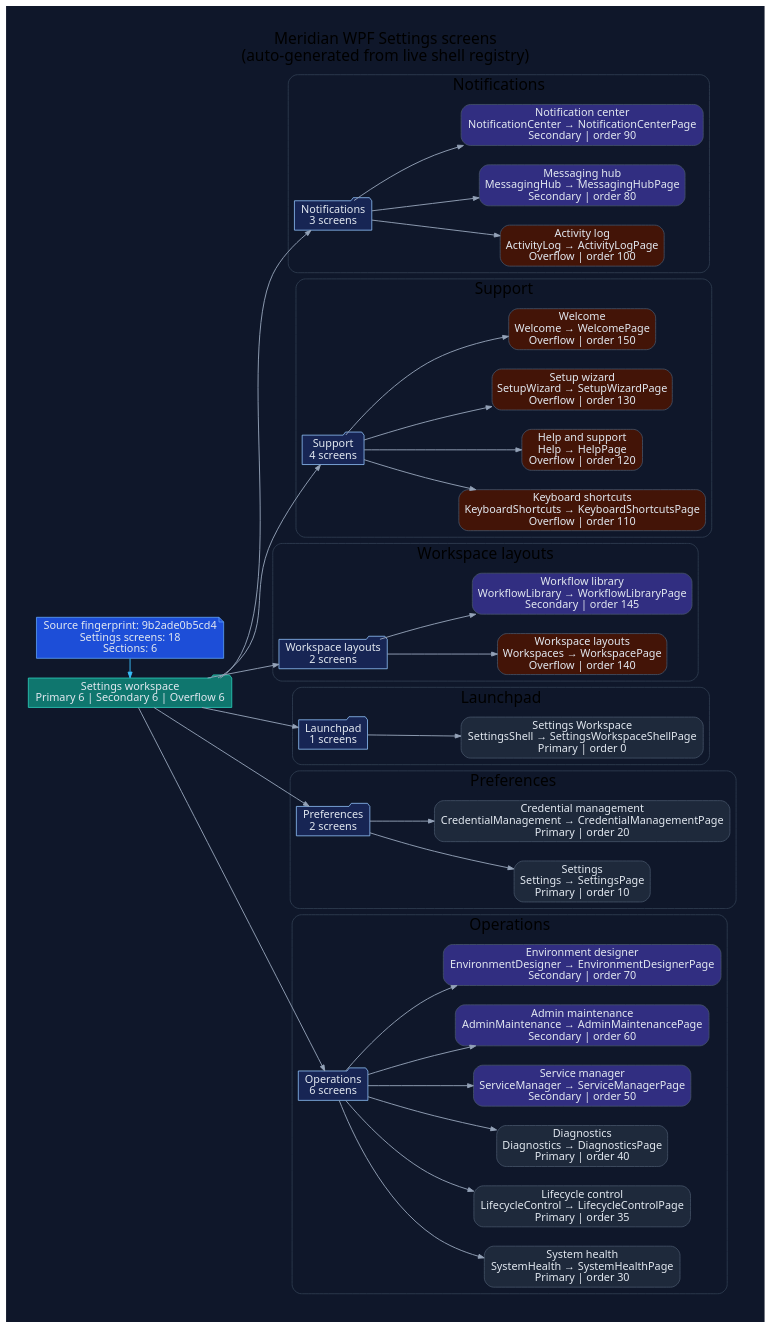
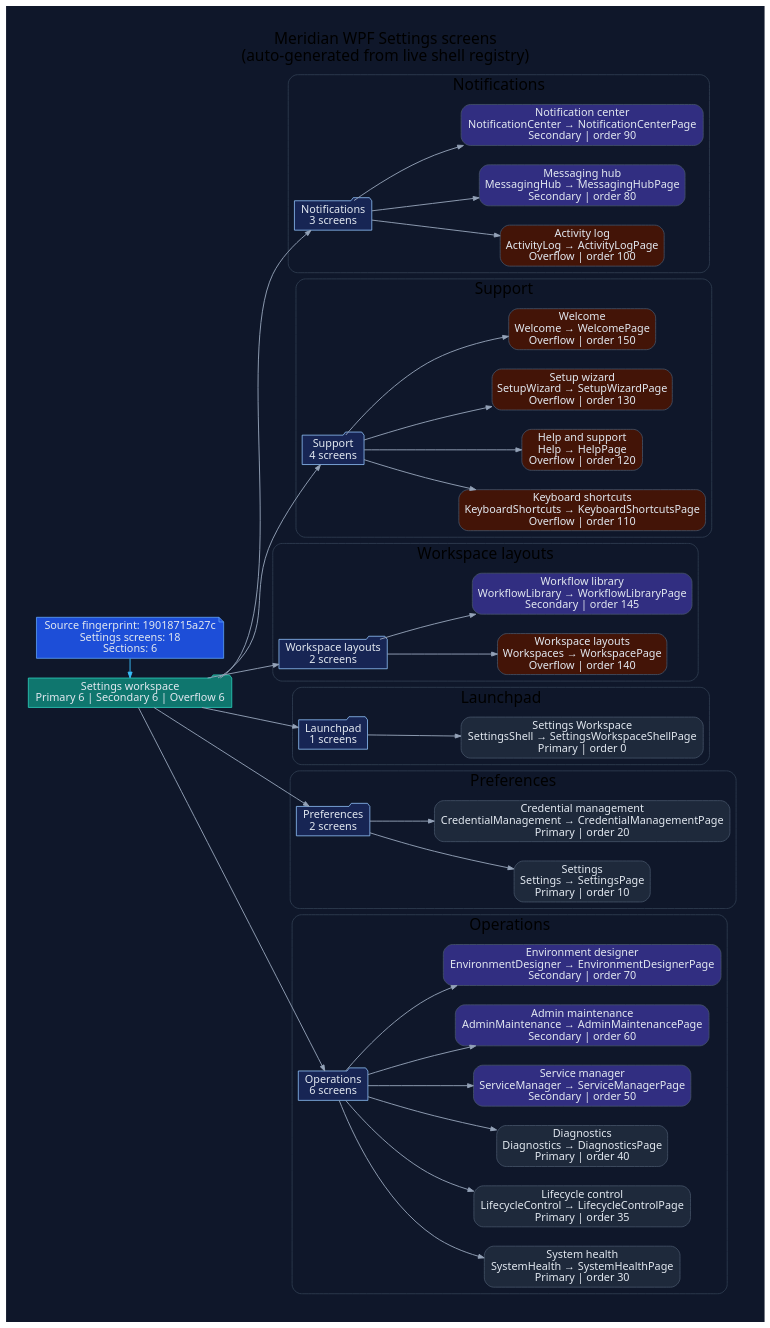
One commit to rodoHasArrived/Meridian-main changed the diagram in docs/diagrams/ui/ui-wpf-screens-settings.dot. Above: the diagram before and after it, drawn with Graphviz. The commit also changed 44 other files, not shown here.

```diff
--- a/docs/diagrams/ui/ui-wpf-screens-settings.dot
+++ b/docs/diagrams/ui/ui-wpf-screens-settings.dot
@@ -1,110 +1,110 @@
 // -----------------------------------------------------------------------------
 // <auto-generated>
 // Generated by scripts/generate-diagrams.mjs.
 // Do not edit this file directly; update the WPF source files instead.
 // -----------------------------------------------------------------------------
 digraph WpfSettingsScreens {
   graph [
     rankdir=LR,
     labelloc=t,
     label="Meridian WPF Settings screens\n(auto-generated from live shell registry)",
     fontname="Segoe UI",
     fontsize=20,
     pad=0.4,
     nodesep=0.35,
     ranksep=0.85,
     bgcolor="#0f172a"
   ];
   node [fontname="Segoe UI", shape=box, style="rounded,filled", color="#475569", fontcolor="#e2e8f0", fillcolor="#1e293b"];
   edge [fontname="Segoe UI", color="#94a3b8", penwidth=1.2, arrowsize=0.75];
 
-  generated [shape=note, fillcolor="#1d4ed8", color="#60a5fa", label="Source fingerprint: 9b2ade0b5cd4\nSettings screens: 18\nSections: 6"];
+  generated [shape=note, fillcolor="#1d4ed8", color="#60a5fa", label="Source fingerprint: 19018715a27c\nSettings screens: 18\nSections: 6"];
   workspace [shape=folder, fillcolor="#0f766e", color="#2dd4bf", label="Settings workspace\nPrimary 6 | Secondary 6 | Overflow 6"];
   generated -> workspace [color="#38bdf8"];
 
   subgraph cluster_section_1 {
     label="Notifications";
     color="#334155";
     style="rounded";
     section_1 [shape=folder, fillcolor="#172554", color="#93c5fd", label="Notifications\n3 screens"];
     workspace -> section_1;
     screen_ActivityLog [fillcolor="#431407", label="Activity log\nActivityLog → ActivityLogPage\nOverflow | order 100"];
     section_1 -> screen_ActivityLog;
     screen_MessagingHub [fillcolor="#312e81", label="Messaging hub\nMessagingHub → MessagingHubPage\nSecondary | order 80"];
     section_1 -> screen_MessagingHub;
     screen_NotificationCenter [fillcolor="#312e81", label="Notification center\nNotificationCenter → NotificationCenterPage\nSecondary | order 90"];
     section_1 -> screen_NotificationCenter;
   }
 
   subgraph cluster_section_2 {
     label="Support";
     color="#334155";
     style="rounded";
     section_2 [shape=folder, fillcolor="#172554", color="#93c5fd", label="Support\n4 screens"];
     workspace -> section_2;
     screen_KeyboardShortcuts [fillcolor="#431407", label="Keyboard shortcuts\nKeyboardShortcuts → KeyboardShortcutsPage\nOverflow | order 110"];
     section_2 -> screen_KeyboardShortcuts;
     screen_Help [fillcolor="#431407", label="Help and support\nHelp → HelpPage\nOverflow | order 120"];
     section_2 -> screen_Help;
     screen_SetupWizard [fillcolor="#431407", label="Setup wizard\nSetupWizard → SetupWizardPage\nOverflow | order 130"];
     section_2 -> screen_SetupWizard;
     screen_Welcome [fillcolor="#431407", label="Welcome\nWelcome → WelcomePage\nOverflow | order 150"];
     section_2 -> screen_Welcome;
   }
 
   subgraph cluster_section_3 {
     label="Workspace layouts";
     color="#334155";
     style="rounded";
     section_3 [shape=folder, fillcolor="#172554", color="#93c5fd", label="Workspace layouts\n2 screens"];
     workspace -> section_3;
     screen_Workspaces [fillcolor="#431407", label="Workspace layouts\nWorkspaces → WorkspacePage\nOverflow | order 140"];
     section_3 -> screen_Workspaces;
     screen_WorkflowLibrary [fillcolor="#312e81", label="Workflow library\nWorkflowLibrary → WorkflowLibraryPage\nSecondary | order 145"];
     section_3 -> screen_WorkflowLibrary;
   }
 
   subgraph cluster_section_4 {
     label="Launchpad";
     color="#334155";
     style="rounded";
     section_4 [shape=folder, fillcolor="#172554", color="#93c5fd", label="Launchpad\n1 screens"];
     workspace -> section_4;
     screen_SettingsShell [fillcolor="#1e293b", label="Settings Workspace\nSettingsShell → SettingsWorkspaceShellPage\nPrimary | order 0"];
     section_4 -> screen_SettingsShell;
   }
 
   subgraph cluster_section_5 {
     label="Preferences";
     color="#334155";
     style="rounded";
     section_5 [shape=folder, fillcolor="#172554", color="#93c5fd", label="Preferences\n2 screens"];
     workspace -> section_5;
     screen_Settings [fillcolor="#1e293b", label="Settings\nSettings → SettingsPage\nPrimary | order 10"];
     section_5 -> screen_Settings;
     screen_CredentialManagement [fillcolor="#1e293b", label="Credential management\nCredentialManagement → CredentialManagementPage\nPrimary | order 20"];
     section_5 -> screen_CredentialManagement;
   }
 
   subgraph cluster_section_6 {
     label="Operations";
     color="#334155";
     style="rounded";
     section_6 [shape=folder, fillcolor="#172554", color="#93c5fd", label="Operations\n6 screens"];
     workspace -> section_6;
     screen_SystemHealth [fillcolor="#1e293b", label="System health\nSystemHealth → SystemHealthPage\nPrimary | order 30"];
     section_6 -> screen_SystemHealth;
     screen_LifecycleControl [fillcolor="#1e293b", label="Lifecycle control\nLifecycleControl → LifecycleControlPage\nPrimary | order 35"];
     section_6 -> screen_LifecycleControl;
     screen_Diagnostics [fillcolor="#1e293b", label="Diagnostics\nDiagnostics → DiagnosticsPage\nPrimary | order 40"];
     section_6 -> screen_Diagnostics;
     screen_ServiceManager [fillcolor="#312e81", label="Service manager\nServiceManager → ServiceManagerPage\nSecondary | order 50"];
     section_6 -> screen_ServiceManager;
     screen_AdminMaintenance [fillcolor="#312e81", label="Admin maintenance\nAdminMaintenance → AdminMaintenancePage\nSecondary | order 60"];
     section_6 -> screen_AdminMaintenance;
     screen_EnvironmentDesigner [fillcolor="#312e81", label="Environment designer\nEnvironmentDesigner → EnvironmentDesignerPage\nSecondary | order 70"];
     section_6 -> screen_EnvironmentDesigner;
   }
 
   { rank=min; generated; workspace; }
 }
```
